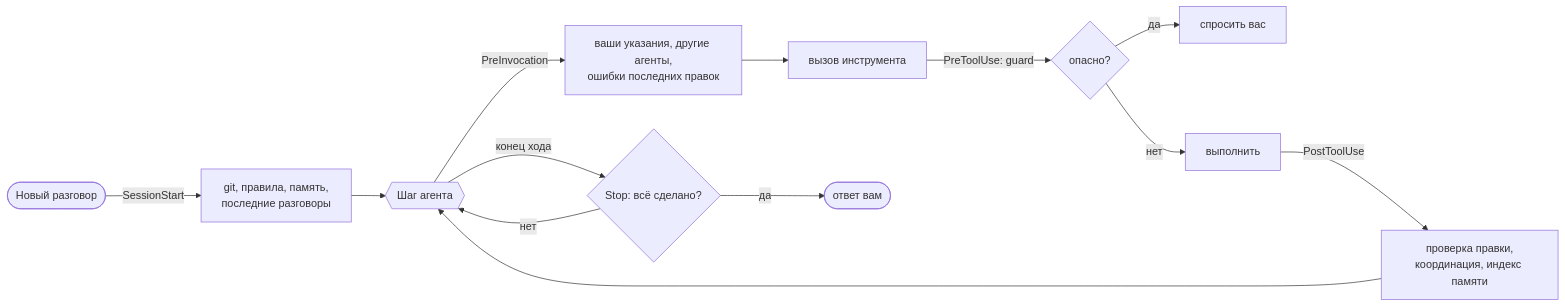
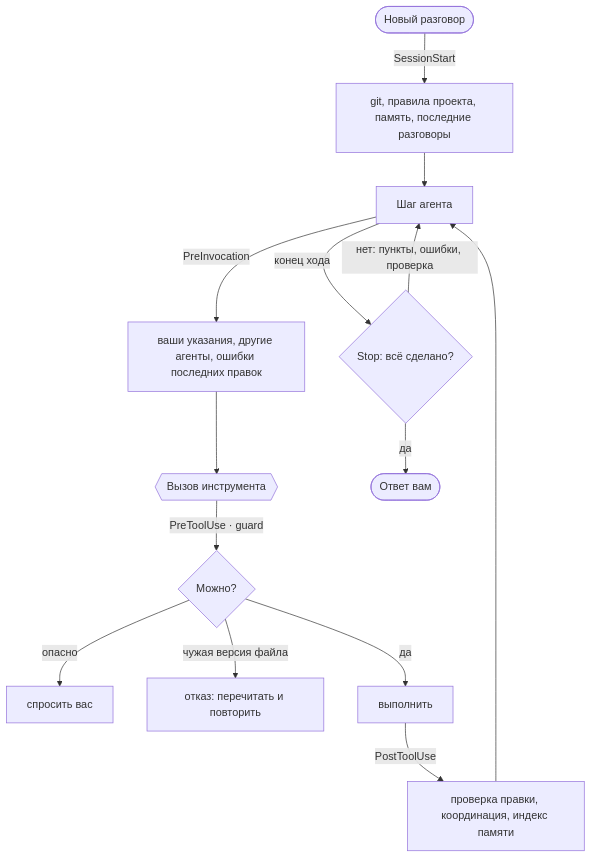
Before and after one commit to stxrmik/antigravity-plus: the diagram in README.md, drawn with Mermaid. The commit also changed 1 other file, not shown here.

Commit message:
README: a vertical diagram that stays readable

````diff
--- a/README.md
+++ b/README.md
@@ -144,15 +144,16 @@
 ```mermaid
-flowchart LR
-    A([Новый разговор]) -->|SessionStart| B[git, правила, память,<br/>последние разговоры]
-    B --> C{{Шаг агента}}
-    C -->|PreInvocation| D[ваши указания, другие агенты,<br/>ошибки последних правок]
-    D --> E[вызов инструмента]
-    E -->|PreToolUse: guard| F{опасно?}
-    F -->|да| G[спросить вас]
-    F -->|нет| H[выполнить]
-    H -->|PostToolUse| I[проверка правки,<br/>координация, индекс памяти]
-    I --> C
-    C -->|конец хода| J{Stop: всё сделано?}
-    J -->|нет| C
-    J -->|да| K([ответ вам])
+flowchart TD
+    A([Новый разговор]) -->|SessionStart| B[git, правила проекта, память, последние разговоры]
+    B --> C[Шаг агента]
+    C -->|PreInvocation| D[ваши указания, другие агенты, ошибки последних правок]
+    D --> E{{Вызов инструмента}}
+    E -->|PreToolUse · guard| F{Можно?}
+    F -->|опасно| G[спросить вас]
+    F -->|чужая версия файла| H[отказ: перечитать и повторить]
+    F -->|да| I[выполнить]
+    I -->|PostToolUse| J[проверка правки, координация, индекс памяти]
+    J --> C
+    C -->|конец хода| K{Stop: всё сделано?}
+    K -->|нет: пункты, ошибки, проверка| C
+    K -->|да| L([Ответ вам])
 ```
````
